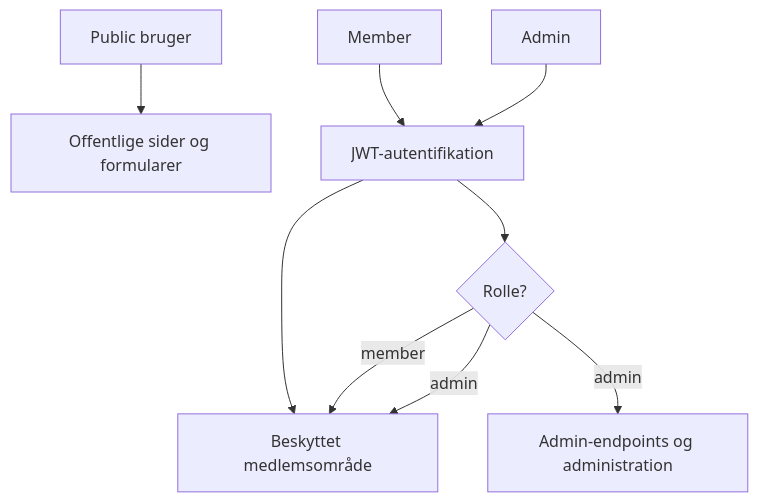
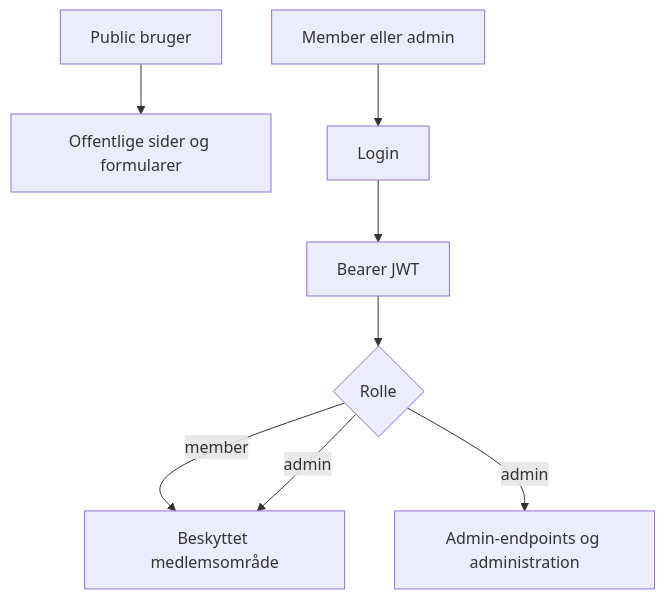
One commit to jfriisj/vennekredsen changed the diagram in wiki/Security-and-Authentication.md. Above: the diagram before and after it, drawn with Mermaid.

Commit message:
docs: simplify authentication Mermaid flow

````diff
--- a/wiki/Security-and-Authentication.md
+++ b/wiki/Security-and-Authentication.md
@@ -12,11 +12,10 @@
 ```mermaid
 flowchart TD
     P[Public bruger] --> PUB[Offentlige sider og formularer]
-    M[Member] --> AUTH[JWT-autentifikation]
-    A[Admin] --> AUTH
-    AUTH --> MEMBER[Beskyttet medlemsområde]
-    AUTH --> R{Rolle?}
-    R -->|member| MEMBER
+    U[Member eller admin] --> LOGIN[Login]
+    LOGIN --> JWT[Bearer JWT]
+    JWT --> R{Rolle}
+    R -->|member| MEMBER[Beskyttet medlemsområde]
     R -->|admin| MEMBER
     R -->|admin| ADMIN[Admin-endpoints og administration]
 ```
````
